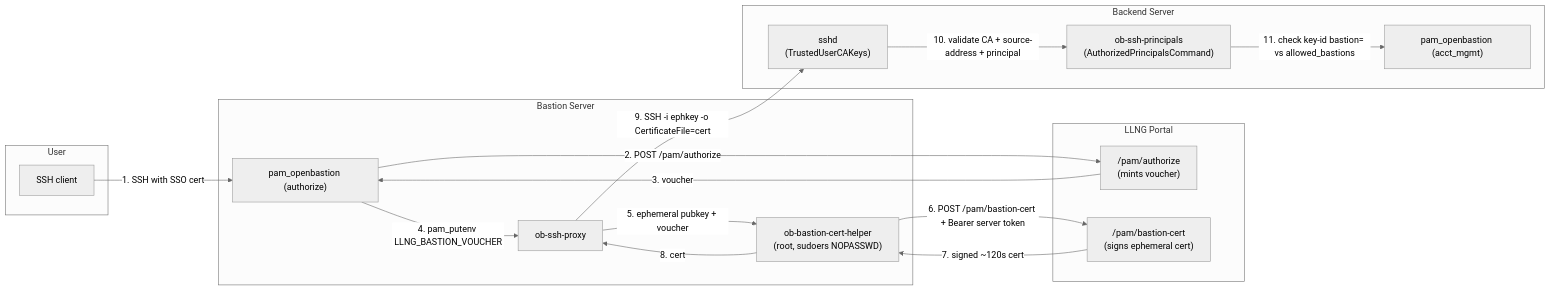
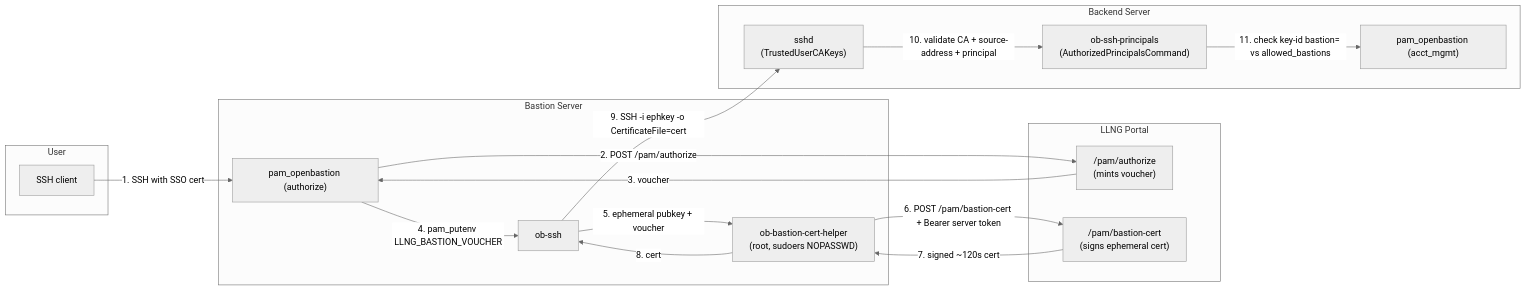
One commit to linagora/open-bastion changed the second of 4 diagrams in SECURITY.md. Above: the diagram before and after it, drawn with Mermaid (neutral theme). The commit also changed other lines of this file and 31 other files, not shown here.

````diff
--- a/SECURITY.md
+++ b/SECURITY.md
@@ -94,35 +94,35 @@
 ```mermaid
 flowchart LR
     subgraph User["User"]
         client["SSH client"]
     end
 
     subgraph Bastion["Bastion Server"]
         pam_b["pam_openbastion (authorize)"]
-        proxy["ob-ssh-proxy"]
+        proxy["ob-ssh"]
         helper["ob-bastion-cert-helper\n(root, sudoers NOPASSWD)"]
     end
 
     subgraph LLNG["LLNG Portal"]
         authorize["/pam/authorize\n(mints voucher)"]
         bastion_cert["/pam/bastion-cert\n(signs ephemeral cert)"]
     end
 
     subgraph Backend["Backend Server"]
         sshd["sshd\n(TrustedUserCAKeys)"]
         principals["ob-ssh-principals\n(AuthorizedPrincipalsCommand)"]
         pam_bk["pam_openbastion (acct_mgmt)"]
     end
 
     client -->|1. SSH with SSO cert| pam_b
     pam_b -->|2. POST /pam/authorize| authorize
     authorize -->|3. voucher| pam_b
     pam_b -->|4. pam_putenv LLNG_BASTION_VOUCHER| proxy
     proxy -->|5. ephemeral pubkey + voucher| helper
     helper -->|6. POST /pam/bastion-cert + Bearer server token| bastion_cert
     bastion_cert -->|7. signed ~120s cert| helper
     helper -->|8. cert| proxy
     proxy -->|9. SSH -i ephkey -o CertificateFile=cert| sshd
     sshd -->|10. validate CA + source-address + principal| principals
     principals -->|11. check key-id bastion= vs allowed_bastions| pam_bk
 ```
````
